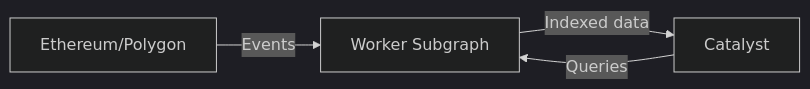
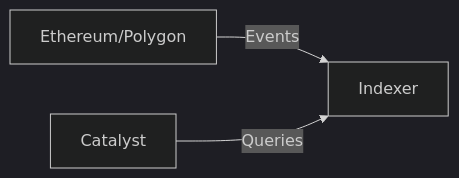
One commit to drkrillo/docs changed the third of 3 diagrams in contributor/architecture/catalyst.md. Above: the diagram before and after it, drawn with Mermaid (dark theme). The commit also changed other lines of this file, not shown here.

Commit message:
docs: catalyst mesh

````diff
--- a/contributor/architecture/catalyst.md
+++ b/contributor/architecture/catalyst.md
@@ -203,10 +185,9 @@
 ```mermaid
 flowchart LR
     Blockchain[Ethereum/Polygon]
-    Subgraph[Worker Subgraph]
+    Subgraph[Indexer]
     Catalyst[Catalyst]
     
-    Blockchain -->|Events| Subgraph
-    Subgraph -->|Indexed data| Catalyst
+    Blockchain -->|Events| Subgraph    
     Catalyst -->|Queries| Subgraph
 ```
````
